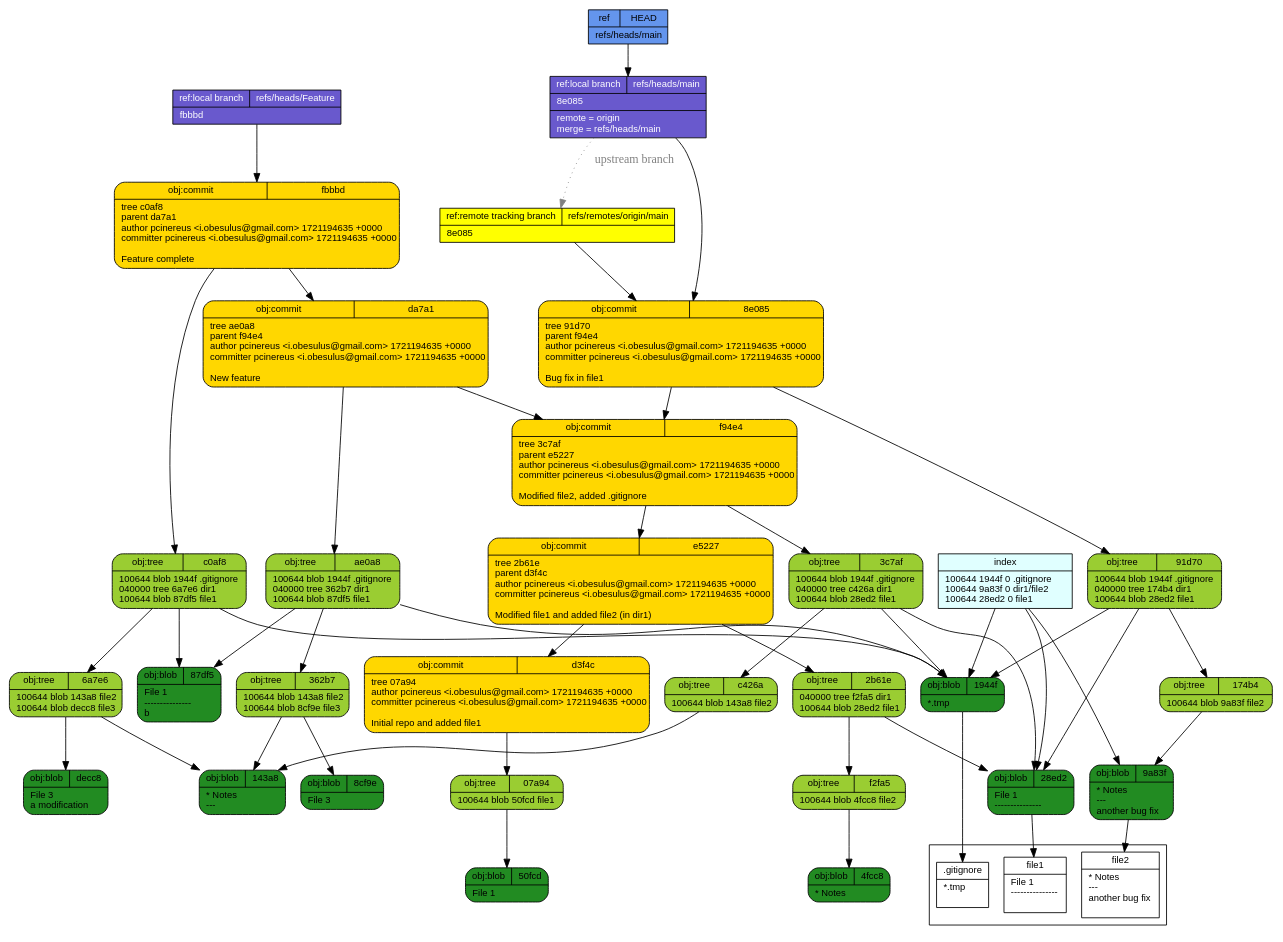
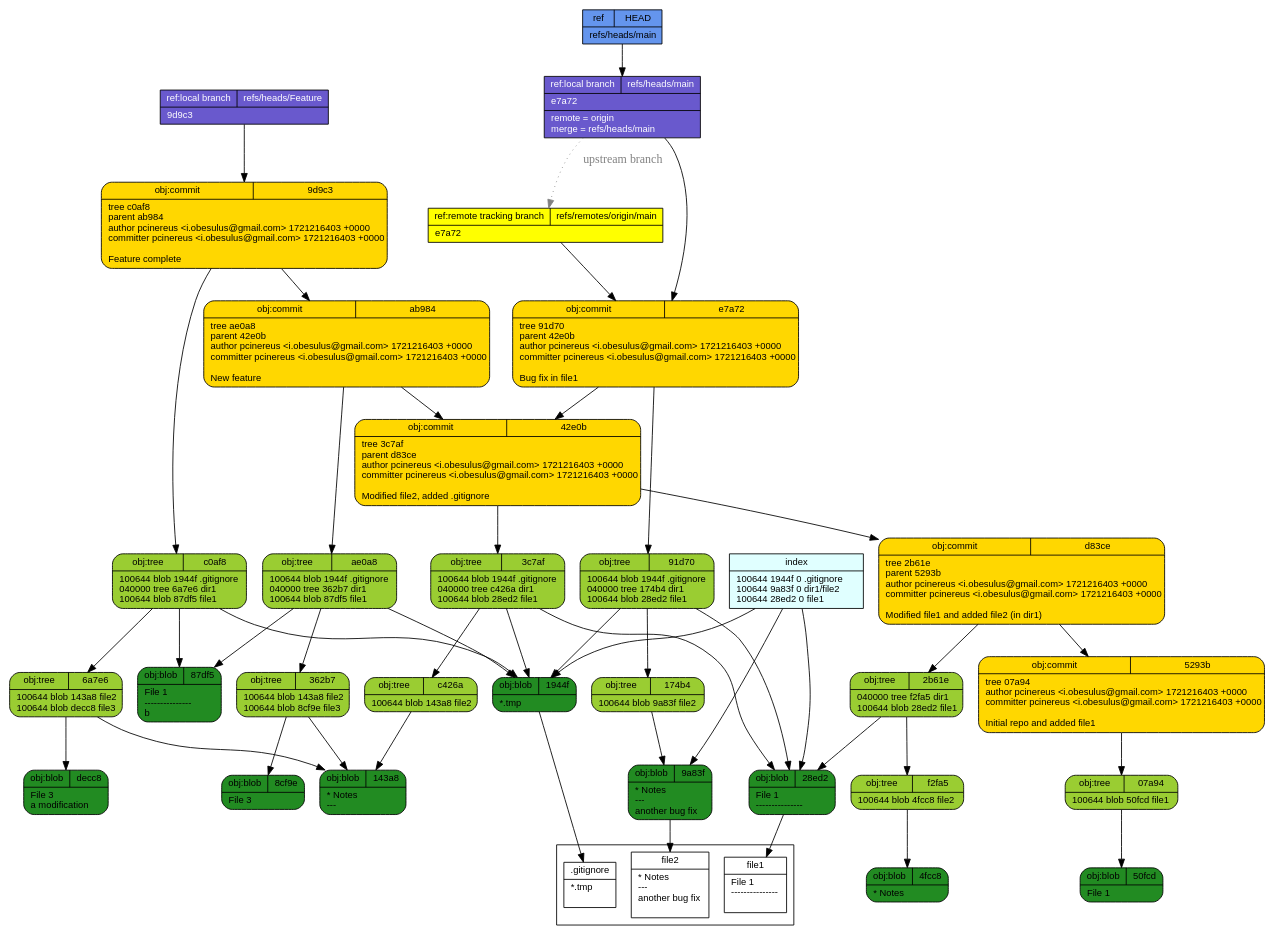
Before and after one commit to pcinereus/SUYRs_documents: the diagram in tut/git-draw.dot, drawn with Graphviz. The commit also changed 608 other files, not shown here.

```diff
--- a/tut/git-draw.dot
+++ b/tut/git-draw.dot
@@ -1,57 +1,57 @@
 digraph structs {
   node [shape=record,fontsize=11,fontname="arial"];
   rankdir="TB";
   _f2fa5 [fillcolor="yellowgreen", style="filled,rounded", label="{{obj:tree|f2fa5}|100644\ blob\ 4fcc8\	file2\l}"]  _f2fa5 -> _4fcc8
   _07a94 [fillcolor="yellowgreen", style="filled,rounded", label="{{obj:tree|07a94}|100644\ blob\ 50fcd\	file1\l}"]  _07a94 -> _50fcd
   _143a8 [fillcolor="forestgreen", style="filled,rounded", label="{{obj:blob|143a8}|\*\ Notes\l\-\-\-\l}"]  _c0af8 [fillcolor="yellowgreen", style="filled,rounded", label="{{obj:tree|c0af8}|100644\ blob\ 1944f\	\.gitignore\l040000\ tree\ 6a7e6\	dir1\l100644\ blob\ 87df5\	file1\l}"]  _c0af8 -> _1944f
   _c0af8 -> _6a7e6
   _c0af8 -> _87df5
-  _d3f4c [fillcolor="gold", style="filled,rounded", label="{{obj:commit|d3f4c}|tree\ 07a94\lauthor\ pcinereus\ \<i\.obesulus\@gmail\.com\>\ 1721194635\ \+0000\lcommitter\ pcinereus\ \<i\.obesulus\@gmail\.com\>\ 1721194635\ \+0000\l\lInitial\ repo\ and\ added\ file1\l}"]  _d3f4c -> _07a94
-  _4fcc8 [fillcolor="forestgreen", style="filled,rounded", label="{{obj:blob|4fcc8}|\*\ Notes\l}"]  _e5227 [fillcolor="gold", style="filled,rounded", label="{{obj:commit|e5227}|tree\ 2b61e\lparent\ d3f4c\lauthor\ pcinereus\ \<i\.obesulus\@gmail\.com\>\ 1721194635\ \+0000\lcommitter\ pcinereus\ \<i\.obesulus\@gmail\.com\>\ 1721194635\ \+0000\l\lModified\ file1\ and\ added\ file2\ \(in\ dir1\)\l}"]  _e5227 -> _2b61e
-  _e5227 -> _d3f4c
-  _fbbbd [fillcolor="gold", style="filled,rounded", label="{{obj:commit|fbbbd}|tree\ c0af8\lparent\ da7a1\lauthor\ pcinereus\ \<i\.obesulus\@gmail\.com\>\ 1721194635\ \+0000\lcommitter\ pcinereus\ \<i\.obesulus\@gmail\.com\>\ 1721194635\ \+0000\l\lFeature\ complete\l}"]  _fbbbd -> _c0af8
-  _fbbbd -> _da7a1
+  _4fcc8 [fillcolor="forestgreen", style="filled,rounded", label="{{obj:blob|4fcc8}|\*\ Notes\l}"]  _ab984 [fillcolor="gold", style="filled,rounded", label="{{obj:commit|ab984}|tree\ ae0a8\lparent\ 42e0b\lauthor\ pcinereus\ \<i\.obesulus\@gmail\.com\>\ 1721216403\ \+0000\lcommitter\ pcinereus\ \<i\.obesulus\@gmail\.com\>\ 1721216403\ \+0000\l\lNew\ feature\l}"]  _ab984 -> _ae0a8
+  _ab984 -> _42e0b
+  _42e0b [fillcolor="gold", style="filled,rounded", label="{{obj:commit|42e0b}|tree\ 3c7af\lparent\ d83ce\lauthor\ pcinereus\ \<i\.obesulus\@gmail\.com\>\ 1721216403\ \+0000\lcommitter\ pcinereus\ \<i\.obesulus\@gmail\.com\>\ 1721216403\ \+0000\l\lModified\ file2\,\ added\ \.gitignore\l}"]  _42e0b -> _3c7af
+  _42e0b -> _d83ce
   _c426a [fillcolor="yellowgreen", style="filled,rounded", label="{{obj:tree|c426a}|100644\ blob\ 143a8\	file2\l}"]  _c426a -> _143a8
-  _1944f [fillcolor="forestgreen", style="filled,rounded", label="{{obj:blob|1944f}|\*\.tmp\l}"]  _50fcd [fillcolor="forestgreen", style="filled,rounded", label="{{obj:blob|50fcd}|File\ 1\l}"]  _8cf9e [fillcolor="forestgreen", style="filled,rounded", label="{{obj:blob|8cf9e}|File\ 3\l}"]  _8e085 [fillcolor="gold", style="filled,rounded", label="{{obj:commit|8e085}|tree\ 91d70\lparent\ f94e4\lauthor\ pcinereus\ \<i\.obesulus\@gmail\.com\>\ 1721194635\ \+0000\lcommitter\ pcinereus\ \<i\.obesulus\@gmail\.com\>\ 1721194635\ \+0000\l\lBug\ fix\ in\ file1\l}"]  _8e085 -> _91d70
-  _8e085 -> _f94e4
-  _91d70 [fillcolor="yellowgreen", style="filled,rounded", label="{{obj:tree|91d70}|100644\ blob\ 1944f\	\.gitignore\l040000\ tree\ 174b4\	dir1\l100644\ blob\ 28ed2\	file1\l}"]  _91d70 -> _1944f
+  _1944f [fillcolor="forestgreen", style="filled,rounded", label="{{obj:blob|1944f}|\*\.tmp\l}"]  _50fcd [fillcolor="forestgreen", style="filled,rounded", label="{{obj:blob|50fcd}|File\ 1\l}"]  _9d9c3 [fillcolor="gold", style="filled,rounded", label="{{obj:commit|9d9c3}|tree\ c0af8\lparent\ ab984\lauthor\ pcinereus\ \<i\.obesulus\@gmail\.com\>\ 1721216403\ \+0000\lcommitter\ pcinereus\ \<i\.obesulus\@gmail\.com\>\ 1721216403\ \+0000\l\lFeature\ complete\l}"]  _9d9c3 -> _c0af8
+  _9d9c3 -> _ab984
+  _8cf9e [fillcolor="forestgreen", style="filled,rounded", label="{{obj:blob|8cf9e}|File\ 3\l}"]  _91d70 [fillcolor="yellowgreen", style="filled,rounded", label="{{obj:tree|91d70}|100644\ blob\ 1944f\	\.gitignore\l040000\ tree\ 174b4\	dir1\l100644\ blob\ 28ed2\	file1\l}"]  _91d70 -> _1944f
   _91d70 -> _174b4
   _91d70 -> _28ed2
-  _da7a1 [fillcolor="gold", style="filled,rounded", label="{{obj:commit|da7a1}|tree\ ae0a8\lparent\ f94e4\lauthor\ pcinereus\ \<i\.obesulus\@gmail\.com\>\ 1721194635\ \+0000\lcommitter\ pcinereus\ \<i\.obesulus\@gmail\.com\>\ 1721194635\ \+0000\l\lNew\ feature\l}"]  _da7a1 -> _ae0a8
-  _da7a1 -> _f94e4
+  _e7a72 [fillcolor="gold", style="filled,rounded", label="{{obj:commit|e7a72}|tree\ 91d70\lparent\ 42e0b\lauthor\ pcinereus\ \<i\.obesulus\@gmail\.com\>\ 1721216403\ \+0000\lcommitter\ pcinereus\ \<i\.obesulus\@gmail\.com\>\ 1721216403\ \+0000\l\lBug\ fix\ in\ file1\l}"]  _e7a72 -> _91d70
+  _e7a72 -> _42e0b
   _9a83f [fillcolor="forestgreen", style="filled,rounded", label="{{obj:blob|9a83f}|\*\ Notes\l\-\-\-\l\ another\ bug\ fix\l}"]  _ae0a8 [fillcolor="yellowgreen", style="filled,rounded", label="{{obj:tree|ae0a8}|100644\ blob\ 1944f\	\.gitignore\l040000\ tree\ 362b7\	dir1\l100644\ blob\ 87df5\	file1\l}"]  _ae0a8 -> _1944f
   _ae0a8 -> _362b7
   _ae0a8 -> _87df5
-  _f94e4 [fillcolor="gold", style="filled,rounded", label="{{obj:commit|f94e4}|tree\ 3c7af\lparent\ e5227\lauthor\ pcinereus\ \<i\.obesulus\@gmail\.com\>\ 1721194635\ \+0000\lcommitter\ pcinereus\ \<i\.obesulus\@gmail\.com\>\ 1721194635\ \+0000\l\lModified\ file2\,\ added\ \.gitignore\l}"]  _f94e4 -> _3c7af
-  _f94e4 -> _e5227
   _2b61e [fillcolor="yellowgreen", style="filled,rounded", label="{{obj:tree|2b61e}|040000\ tree\ f2fa5\	dir1\l100644\ blob\ 28ed2\	file1\l}"]  _2b61e -> _f2fa5
   _2b61e -> _28ed2
+  _d83ce [fillcolor="gold", style="filled,rounded", label="{{obj:commit|d83ce}|tree\ 2b61e\lparent\ 5293b\lauthor\ pcinereus\ \<i\.obesulus\@gmail\.com\>\ 1721216403\ \+0000\lcommitter\ pcinereus\ \<i\.obesulus\@gmail\.com\>\ 1721216403\ \+0000\l\lModified\ file1\ and\ added\ file2\ \(in\ dir1\)\l}"]  _d83ce -> _2b61e
+  _d83ce -> _5293b
   _87df5 [fillcolor="forestgreen", style="filled,rounded", label="{{obj:blob|87df5}|File\ 1\l\-\-\-\-\-\-\-\-\-\-\-\-\-\-\-\lb\l}"]  _362b7 [fillcolor="yellowgreen", style="filled,rounded", label="{{obj:tree|362b7}|100644\ blob\ 143a8\	file2\l100644\ blob\ 8cf9e\	file3\l}"]  _362b7 -> _143a8
   _362b7 -> _8cf9e
   _3c7af [fillcolor="yellowgreen", style="filled,rounded", label="{{obj:tree|3c7af}|100644\ blob\ 1944f\	\.gitignore\l040000\ tree\ c426a\	dir1\l100644\ blob\ 28ed2\	file1\l}"]  _3c7af -> _1944f
   _3c7af -> _c426a
   _3c7af -> _28ed2
   _28ed2 [fillcolor="forestgreen", style="filled,rounded", label="{{obj:blob|28ed2}|File\ 1\l\-\-\-\-\-\-\-\-\-\-\-\-\-\-\-\l}"]  _6a7e6 [fillcolor="yellowgreen", style="filled,rounded", label="{{obj:tree|6a7e6}|100644\ blob\ 143a8\	file2\l100644\ blob\ decc8\	file3\l}"]  _6a7e6 -> _143a8
   _6a7e6 -> _decc8
   _174b4 [fillcolor="yellowgreen", style="filled,rounded", label="{{obj:tree|174b4}|100644\ blob\ 9a83f\	file2\l}"]  _174b4 -> _9a83f
-  _decc8 [fillcolor="forestgreen", style="filled,rounded", label="{{obj:blob|decc8}|File\ 3\l\ a\ modification\l}"]  _refs___heads___Feature [style=filled, fillcolor=slateblue3, fontcolor = white,  label="{{ref:local branch|refs\/heads\/Feature}|fbbbd\l}"]
-  _refs___heads___Feature -> _fbbbd
+  _decc8 [fillcolor="forestgreen", style="filled,rounded", label="{{obj:blob|decc8}|File\ 3\l\ a\ modification\l}"]  _5293b [fillcolor="gold", style="filled,rounded", label="{{obj:commit|5293b}|tree\ 07a94\lauthor\ pcinereus\ \<i\.obesulus\@gmail\.com\>\ 1721216403\ \+0000\lcommitter\ pcinereus\ \<i\.obesulus\@gmail\.com\>\ 1721216403\ \+0000\l\lInitial\ repo\ and\ added\ file1\l}"]  _5293b -> _07a94
+  _refs___heads___Feature [style=filled, fillcolor=slateblue3, fontcolor = white,  label="{{ref:local branch|refs\/heads\/Feature}|9d9c3\l}"]
+  _refs___heads___Feature -> _9d9c3
   _refs___heads___main -> _refs___remotes___origin___main [style=dotted, color=gray, fontcolor=gray, label="upstream branch"]
-  _refs___heads___main [style=filled, fillcolor=slateblue3, fontcolor = white,  label="{{ref:local branch|refs\/heads\/main}|8e085\l|remote\ \=\ origin\lmerge\ \=\ refs\/heads\/main\l}"]
-  _refs___heads___main -> _8e085
-  _refs___remotes___origin___main [style=filled, fillcolor=yellow, fontcolor = black,  label="{{ref:remote tracking branch|refs\/remotes\/origin\/main}|8e085\l}"]
-  _refs___remotes___origin___main -> _8e085
+  _refs___heads___main [style=filled, fillcolor=slateblue3, fontcolor = white,  label="{{ref:local branch|refs\/heads\/main}|e7a72\l|remote\ \=\ origin\lmerge\ \=\ refs\/heads\/main\l}"]
+  _refs___heads___main -> _e7a72
+  _refs___remotes___origin___main [style=filled, fillcolor=yellow, fontcolor = black,  label="{{ref:remote tracking branch|refs\/remotes\/origin\/main}|e7a72\l}"]
+  _refs___remotes___origin___main -> _e7a72
   _HEAD [style=filled, fillcolor=cornflowerblue, fontcolor=black,  label="{{ref|HEAD}|refs\/heads\/main\l}"]
   _HEAD -> _refs___heads___main
   index -> _1944f
   index -> _9a83f
   index -> _28ed2
   index [style=filled, fillcolor=lightcyan, label="{{index}|100644\ 1944f\ 0\	\.gitignore\l100644\ 9a83f\ 0\	dir1\/file2\l100644\ 28ed2\ 0\	file1\l}"]
 subgraph cluster_1 {rank=sink  _gitignore [fillcolor="white", label="{{.gitignore}|*.tmp\l\l}"] 
   _file2 [fillcolor="white", label="{{file2}|* Notes\l---\l another bug fix\l\l}"] 
   _file1 [fillcolor="white", label="{{file1}|File 1\l---------------\l\l}"] 
 }
  _1944f -> _gitignore
  _9a83f -> _file2
  _28ed2 -> _file1
 }
```
